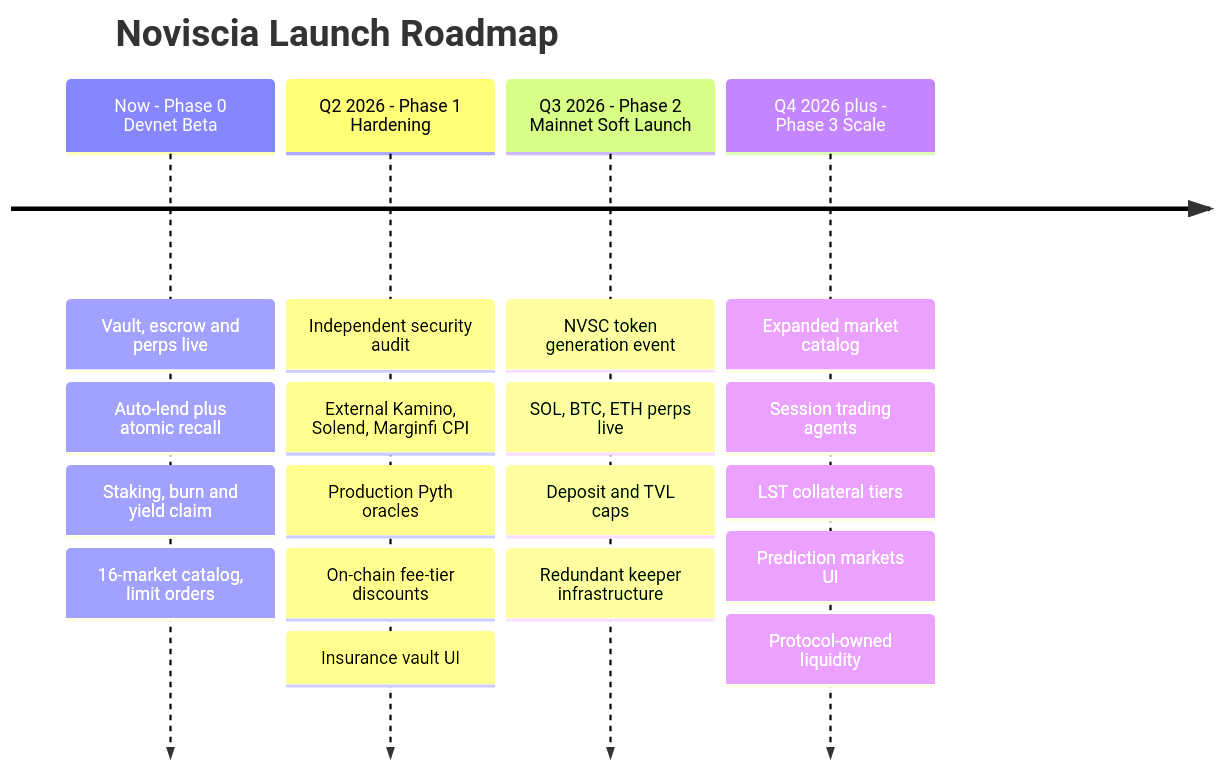
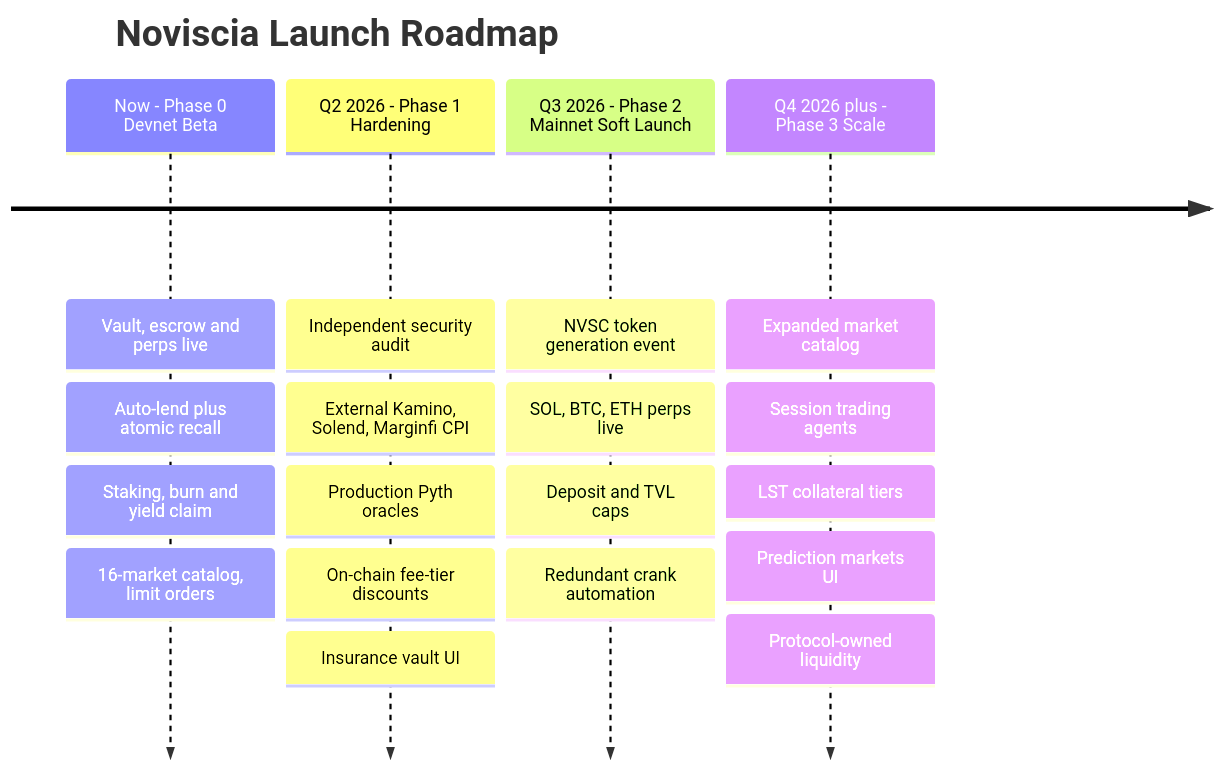
One commit to KezzyNgotho/noviscia-protocol changed the second of 2 diagrams in README.md. Above: the diagram before and after it, drawn with Mermaid. The commit also changed other lines of this file, not shown here.

````diff
--- a/README.md
+++ b/README.md
@@ -237,8 +239,8 @@
 ```mermaid
 timeline
     title Noviscia Launch Roadmap
     Now - Phase 0 Devnet Beta : Vault, escrow and perps live : Auto-lend plus atomic recall : Staking, burn and yield claim : 16-market catalog, limit orders
     Q2 2026 - Phase 1 Hardening : Independent security audit : External Kamino, Solend, Marginfi CPI : Production Pyth oracles : On-chain fee-tier discounts : Insurance vault UI
-    Q3 2026 - Phase 2 Mainnet Soft Launch : NVSC token generation event : SOL, BTC, ETH perps live : Deposit and TVL caps : Redundant keeper infrastructure
+    Q3 2026 - Phase 2 Mainnet Soft Launch : NVSC token generation event : SOL, BTC, ETH perps live : Deposit and TVL caps : Redundant crank automation
     Q4 2026 plus - Phase 3 Scale : Expanded market catalog : Session trading agents : LST collateral tiers : Prediction markets UI : Protocol-owned liquidity
 ```
````
